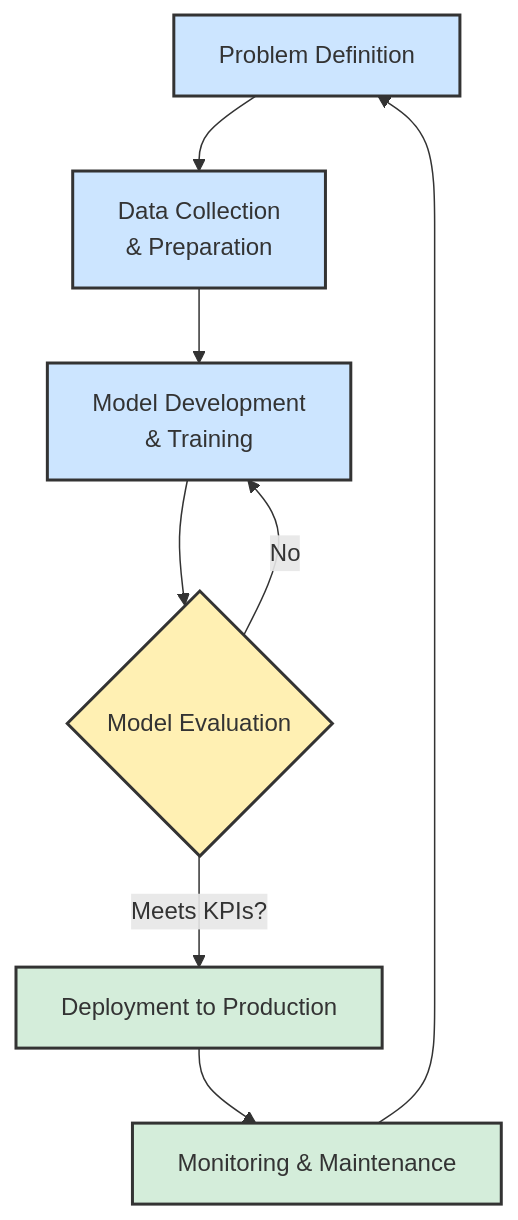
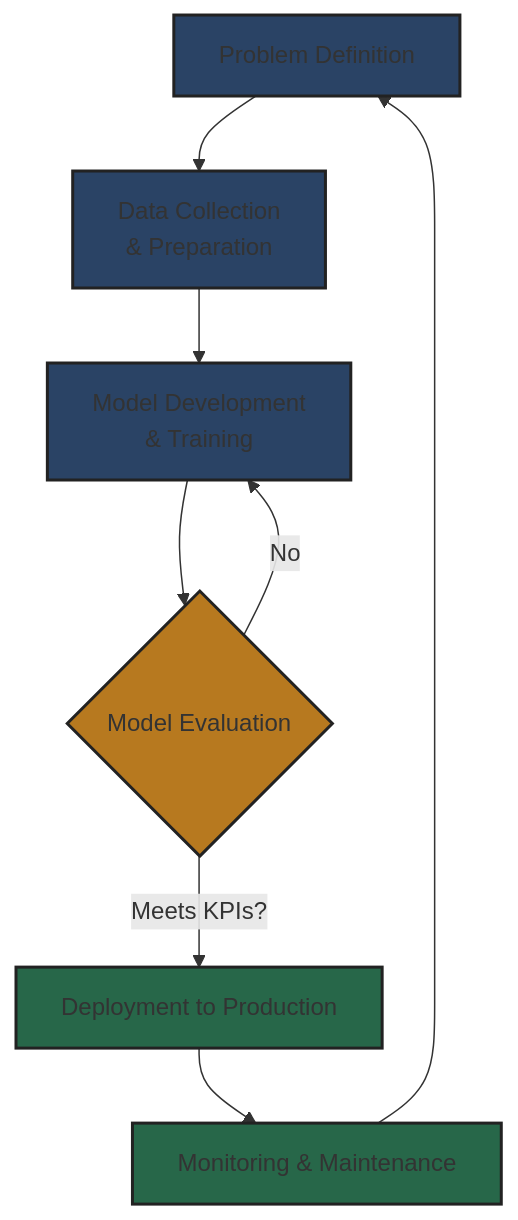
The first of 5 diagrams in README.md (89jobrien/examples), drawn with Mermaid before and after one commit.

````diff
--- a/README.md
+++ b/README.md
@@ -9,17 +9,17 @@
 ```mermaid
 graph TD
     A[Problem Definition] --> B[Data Collection<br>& Preparation]
     B --> C[Model Development<br>& Training]
     C --> D{Model Evaluation}
     D -- Meets KPIs? --> E[Deployment to Production]
     D -- No --> C
     E --> F[Monitoring & Maintenance]
     F --> A
 
-    style A fill:#cce5ff,stroke:#333,stroke-width:2px
-    style B fill:#cce5ff,stroke:#333,stroke-width:2px
-    style C fill:#cce5ff,stroke:#333,stroke-width:2px
-    style D fill:#fff0b3,stroke:#333,stroke-width:2px
-    style E fill:#d4edda,stroke:#333,stroke-width:2px
-    style F fill:#d4edda,stroke:#333,stroke-width:2px
+    style A fill:#2a4365,stroke:#222,stroke-width:2px
+    style B fill:#2a4365,stroke:#222,stroke-width:2px
+    style C fill:#2a4365,stroke:#222,stroke-width:2px
+    style D fill:#b7791f,stroke:#222,stroke-width:2px
+    style E fill:#276749,stroke:#222,stroke-width:2px
+    style F fill:#276749,stroke:#222,stroke-width:2px
 ```
````
